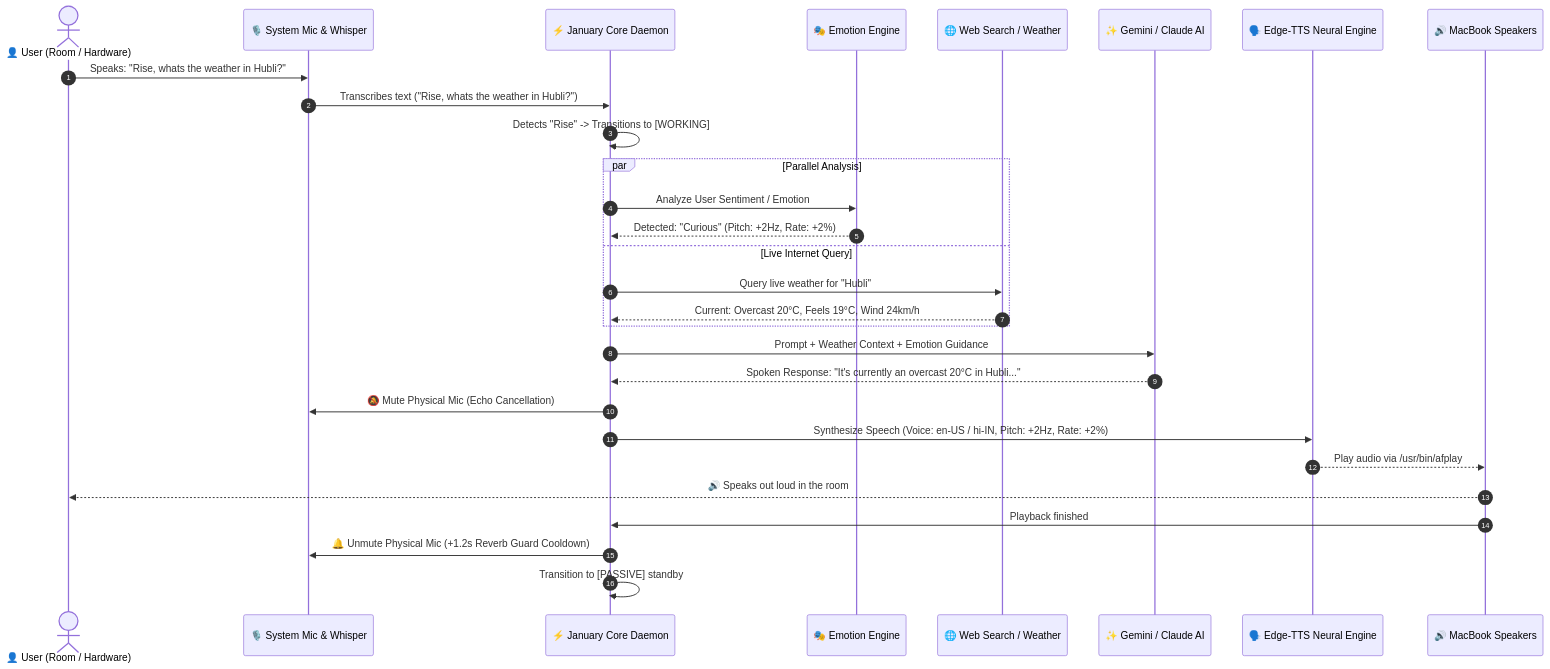
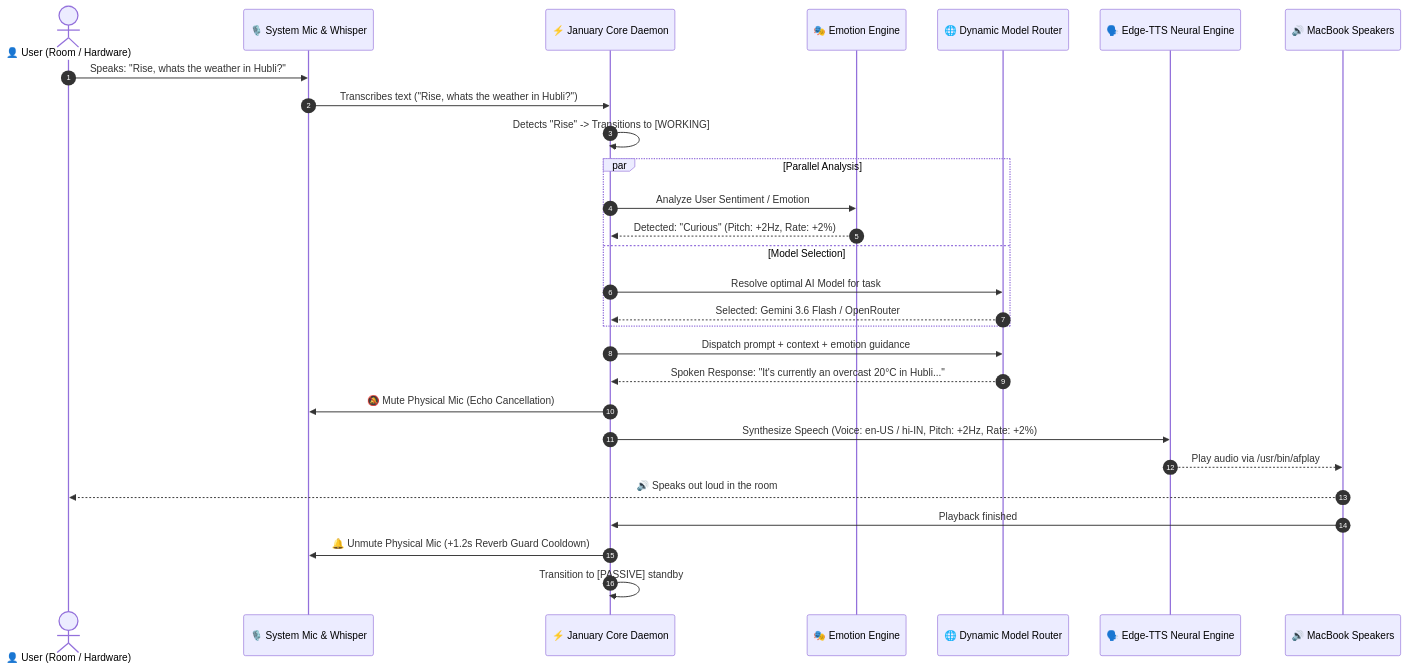
Before and after one commit to ashwintelangstark/january.systems: the tenth of 11 diagrams in README.md, drawn with Mermaid. The commit also changed other lines of this file, not shown here.

Commit message:
docs: consolidate all walkthroughs, Dynamic Model Router, CUA actuation, and 2D Plan to 3D Blender BIM Engine into README

````diff
--- a/README.md
+++ b/README.md
@@ -309,36 +508,35 @@
 ```mermaid
 sequenceDiagram
     autonumber
     actor User as 👤 User (Room / Hardware)
     participant Mic as 🎙️ System Mic & Whisper
     participant Daemon as ⚡ January Core Daemon
     participant Emotion as 🎭 Emotion Engine
-    participant Web as 🌐 Web Search / Weather
-    participant Gemini as ✨ Gemini / Claude AI
+    participant Router as 🌐 Dynamic Model Router
     participant TTS as 🗣️ Edge-TTS Neural Engine
     participant Speaker as 🔊 MacBook Speakers
 
     User->>Mic: Speaks: "Rise, whats the weather in Hubli?"
     Mic->>Daemon: Transcribes text ("Rise, whats the weather in Hubli?")
     Daemon->>Daemon: Detects "Rise" -> Transitions to [WORKING]
     
     par Parallel Analysis
         Daemon->>Emotion: Analyze User Sentiment / Emotion
         Emotion-->>Daemon: Detected: "Curious" (Pitch: +2Hz, Rate: +2%)
-    and Live Internet Query
-        Daemon->>Web: Query live weather for "Hubli"
-        Web-->>Daemon: Current: Overcast 20°C, Feels 19°C, Wind 24km/h
+    and Model Selection
+        Daemon->>Router: Resolve optimal AI Model for task
+        Router-->>Daemon: Selected: Gemini 3.6 Flash / OpenRouter
     end
 
-    Daemon->>Gemini: Prompt + Weather Context + Emotion Guidance
-    Gemini-->>Daemon: Spoken Response: "It's currently an overcast 20°C in Hubli..."
+    Daemon->>Router: Dispatch prompt + context + emotion guidance
+    Router-->>Daemon: Spoken Response: "It's currently an overcast 20°C in Hubli..."
     
     Daemon->>Mic: 🔕 Mute Physical Mic (Echo Cancellation)
     Daemon->>TTS: Synthesize Speech (Voice: en-US / hi-IN, Pitch: +2Hz, Rate: +2%)
     TTS-->>Speaker: Play audio via /usr/bin/afplay
     Speaker-->>User: 🔊 Speaks out loud in the room
     
     Speaker->>Daemon: Playback finished
     Daemon->>Mic: 🔔 Unmute Physical Mic (+1.2s Reverb Guard Cooldown)
     Daemon->>Daemon: Transition to [PASSIVE] standby
 ```
````
